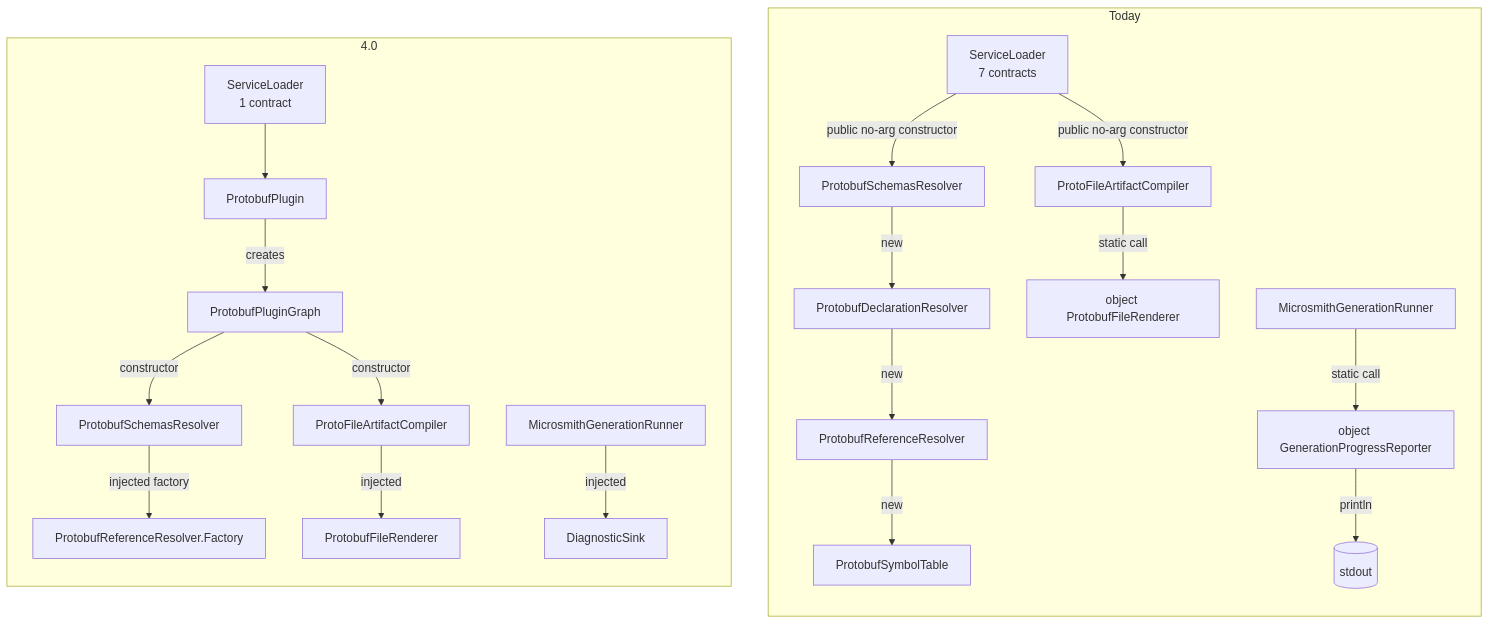
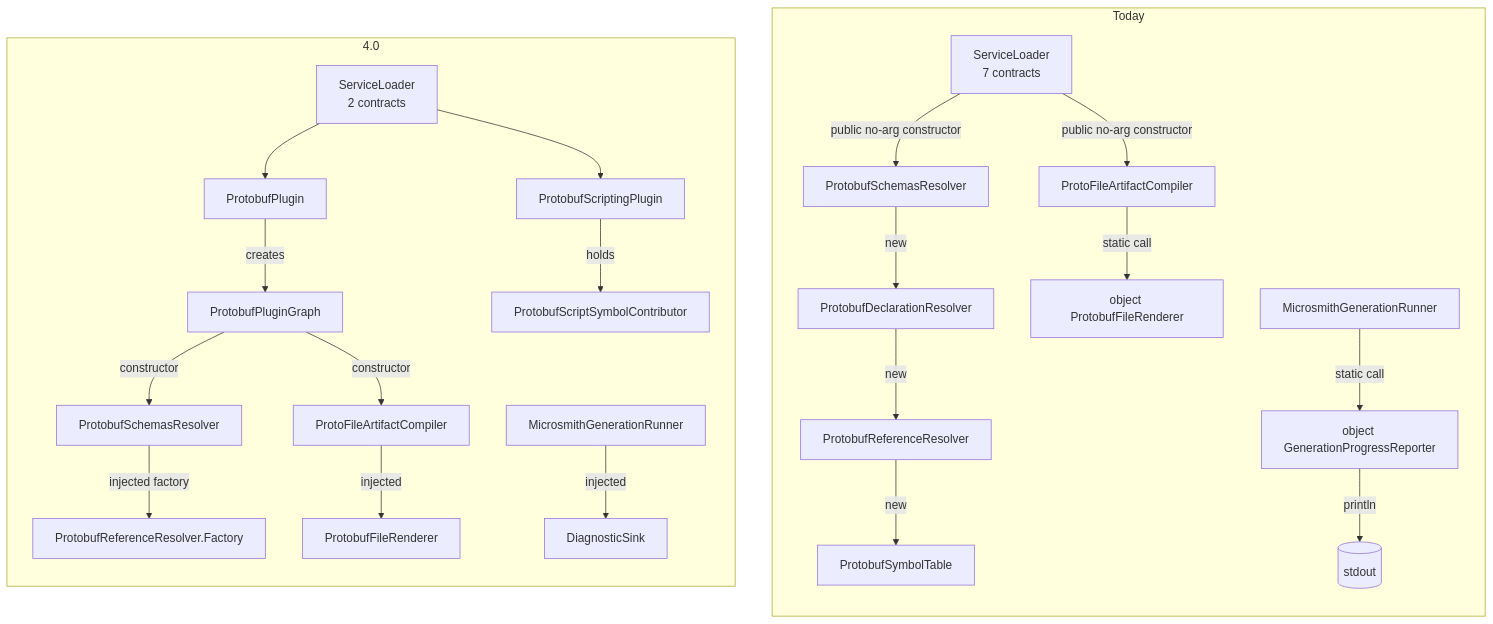
The second of 17 diagrams in docs/design/v4-dependency-injection.md (LMLiam/microsmith), drawn with Mermaid before and after one commit. The commit also changed other lines of this file, not shown here.

````diff
--- a/docs/design/v4-dependency-injection.md
+++ b/docs/design/v4-dependency-injection.md
@@ -55,24 +75,26 @@
 ```mermaid
 flowchart TB
     subgraph Today["Today"]
         direction TB
         SL1["ServiceLoader<br/>7 contracts"] -->|"public no-arg constructor"| PSR1["ProtobufSchemasResolver"]
         PSR1 -->|"new"| PDR1["ProtobufDeclarationResolver"]
         PDR1 -->|"new"| PRR1["ProtobufReferenceResolver"]
         PRR1 -->|"new"| PST1["ProtobufSymbolTable"]
         SL1 -->|"public no-arg constructor"| PFC1["ProtoFileArtifactCompiler"]
         PFC1 -->|"static call"| PFR1["object ProtobufFileRenderer"]
         GR1["MicrosmithGenerationRunner"] -->|"static call"| GPR1["object GenerationProgressReporter"]
         GPR1 -->|"println"| OUT1[("stdout")]
     end
     subgraph After["4.0"]
         direction TB
-        SL2["ServiceLoader<br/>1 contract"] --> PP2["ProtobufPlugin"]
+        SL2["ServiceLoader<br/>2 contracts"] --> PP2["ProtobufPlugin"]
+        SL2 --> PS2["ProtobufScriptingPlugin"]
         PP2 -->|"creates"| PG2["ProtobufPluginGraph"]
         PG2 -->|"constructor"| PSR2["ProtobufSchemasResolver"]
         PSR2 -->|"injected factory"| PRF2["ProtobufReferenceResolver.Factory"]
         PG2 -->|"constructor"| PFC2["ProtoFileArtifactCompiler"]
         PFC2 -->|"injected"| PFR2["ProtobufFileRenderer"]
+        PS2 -->|"holds"| PSC2["ProtobufScriptSymbolContributor"]
         GR2["MicrosmithGenerationRunner"] -->|"injected"| DS2["DiagnosticSink"]
     end
 ```
````
